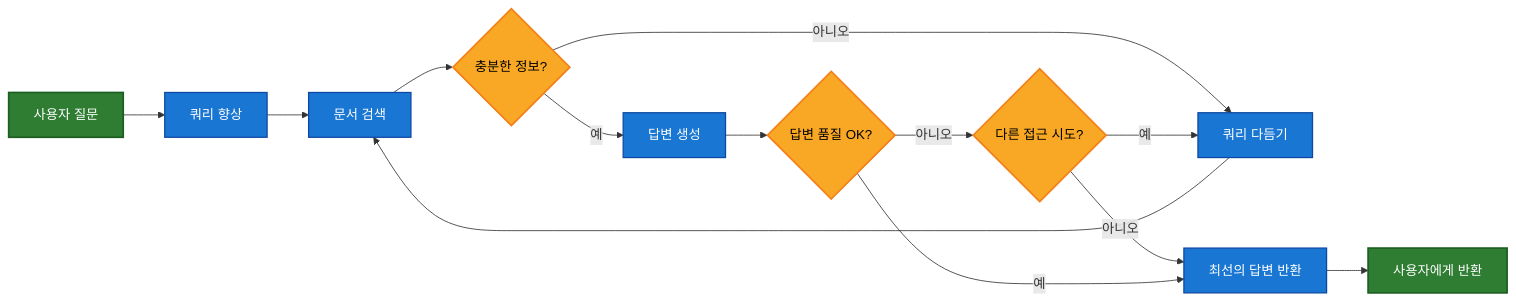
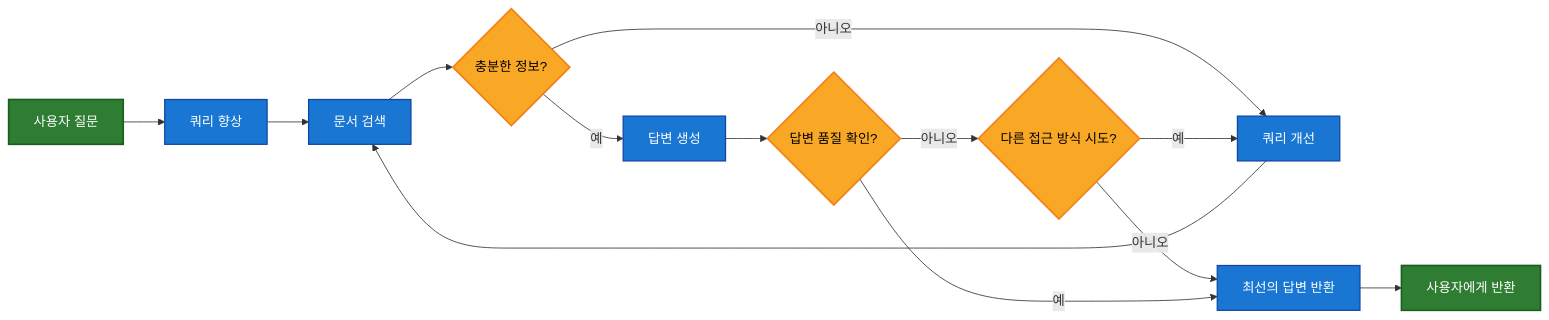
The fourth of 4 diagrams in build/oss/javascript/langchain/retrieval.mdx (jeongsk/langchain-docs), drawn with Mermaid before and after one commit. The commit also changed other lines of this file and 1023 other files, not shown here.

````diff
--- a/build/oss/javascript/langchain/retrieval.mdx
+++ b/build/oss/javascript/langchain/retrieval.mdx
@@ -306,23 +307,23 @@
 ```mermaid
 graph LR
     A[사용자 질문] --> B[쿼리 향상]
     B --> C[문서 검색]
     C --> D{충분한 정보?}
-    D -- 아니오 --> E[쿼리 다듬기]
+    D -- 아니오 --> E[쿼리 개선]
     E --> C
     D -- 예 --> F[답변 생성]
-    F --> G{답변 품질 OK?}
-    G -- 아니오 --> H{다른 접근 시도?}
+    F --> G{답변 품질 확인?}
+    G -- 아니오 --> H{다른 접근 방식 시도?}
     H -- 예 --> E
     H -- 아니오 --> I[최선의 답변 반환]
     G -- 예 --> I
     I --> J[사용자에게 반환]
 
     classDef startend fill:#2e7d32,stroke:#1b5e20,stroke-width:2px,color:#fff
     classDef decision fill:#f9a825,stroke:#f57f17,stroke-width:2px,color:#000
     classDef process fill:#1976d2,stroke:#0d47a1,stroke-width:1.5px,color:#fff
 
     class A,J startend
     class B,C,E,F,I process
     class D,G,H decision
 ```
````
